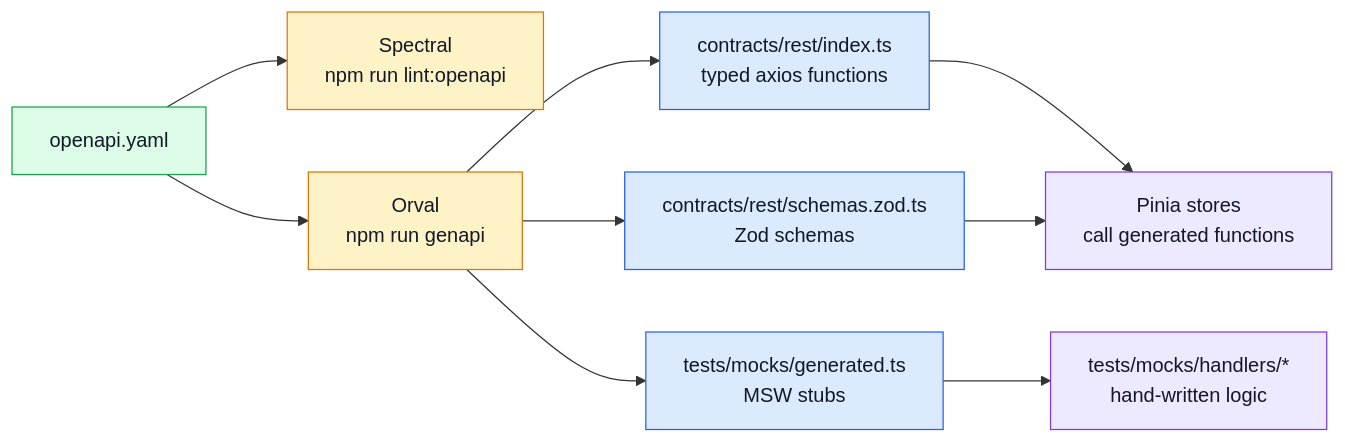
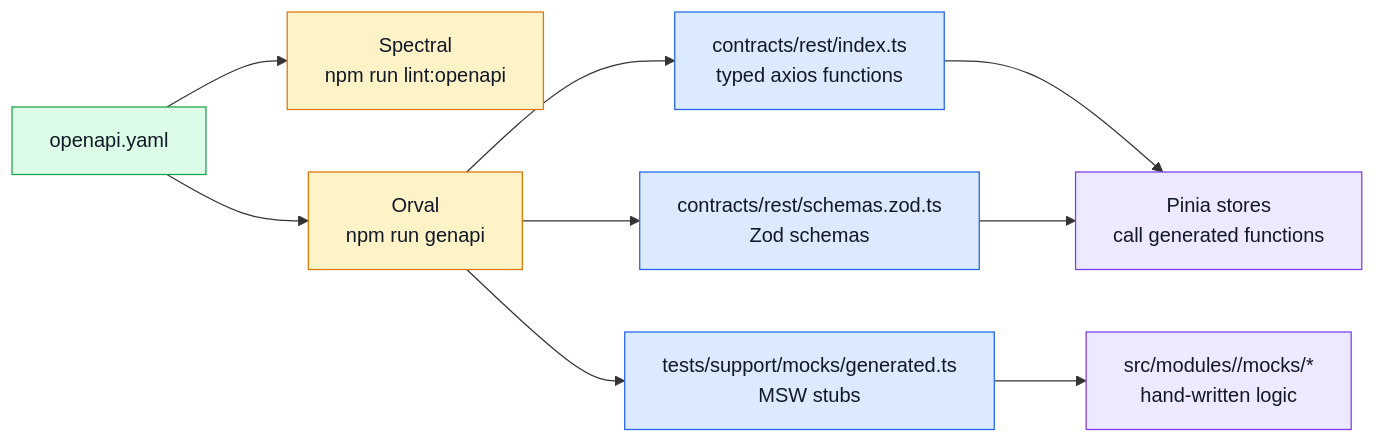
Before and after one commit to Guebbit/boilerplate-vue-frontend: the diagram in docs/api/index.md, drawn with Mermaid. The commit also changed other lines of this file and 385 other files, not shown here.

First line of the commit message:
feat!: 2.0.0 — modular architecture, tiered substrate, contracts as backend output

````diff
--- a/docs/api/index.md
+++ b/docs/api/index.md
@@ -7,21 +7,21 @@
 ```mermaid
 %%{init: {'flowchart': {'nodeSpacing': 50, 'rankSpacing': 65}}}%%
 flowchart LR
     Spec[openapi.yaml] --> Lint[Spectral\nnpm run lint:openapi]
     Spec --> Generate[Orval\nnpm run genapi]
     Generate --> Client[contracts/rest/index.ts\ntyped axios functions]
     Generate --> Schemas[contracts/rest/schemas.zod.ts\nZod schemas]
-    Generate --> Mocks[tests/mocks/generated.ts\nMSW stubs]
+    Generate --> Mocks[tests/support/mocks/generated.ts\nMSW stubs]
     Client --> Stores[Pinia stores\ncall generated functions]
     Schemas --> Stores
-    Mocks --> Handlers[tests/mocks/handlers/*\nhand-written logic]
+    Mocks --> Handlers[src/modules/<name>/mocks/*\nhand-written logic]
 
     classDef contract fill:#dcfce7,stroke:#16a34a,color:#111827;
     classDef tooling fill:#fef3c7,stroke:#d97706,color:#111827;
     classDef generated fill:#dbeafe,stroke:#2563eb,color:#111827;
     classDef app fill:#ede9fe,stroke:#7c3aed,color:#111827;
     class Spec contract;
     class Lint,Generate tooling;
     class Client,Schemas,Mocks generated;
     class Stores,Handlers app;
 ```
````
